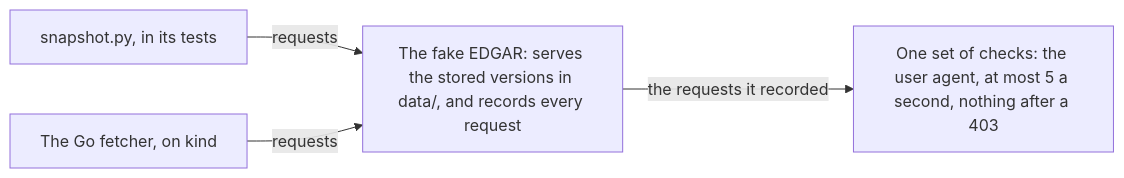
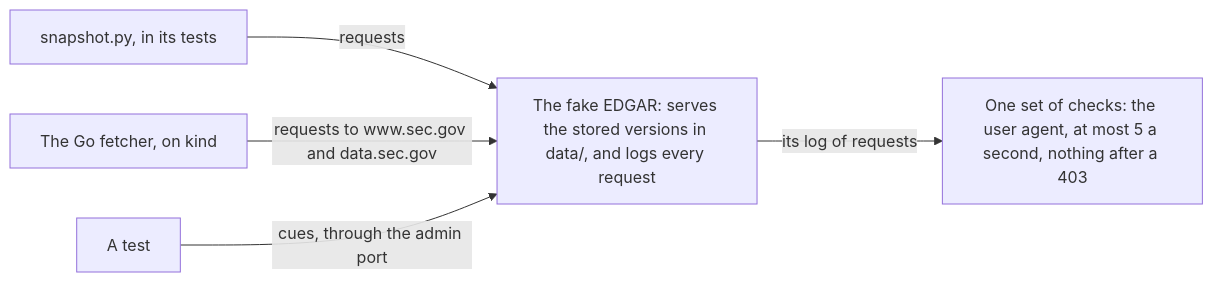
The diagram in docs/explanation/testing-and-verification.md (nslaughter/edgar-data-pipeline), drawn with Mermaid before and after one commit. The commit also changed other lines of this file and 12 other files, not shown here.

First line of the commit message:
Add T47 to the plan, and have the pages follow the fake EDGAR's specification

````diff
--- a/docs/explanation/testing-and-verification.md
+++ b/docs/explanation/testing-and-verification.md
@@ -199,6 +233,7 @@
 ```mermaid
 flowchart LR
     S["snapshot.py, in its tests"] -->|requests| FE
-    F["The Go fetcher, on kind"] -->|requests| FE
-    FE["The fake EDGAR: serves the stored versions in data/, and records every request"] -->|the requests it recorded| C["One set of checks: the user agent, at most 5 a second, nothing after a 403"]
+    F["The Go fetcher, on kind"] -->|requests to www.sec.gov and data.sec.gov| FE
+    T["A test"] -->|cues, through the admin port| FE
+    FE["The fake EDGAR: serves the stored versions in data/, and logs every request"] -->|its log of requests| C["One set of checks: the user agent, at most 5 a second, nothing after a 403"]
 ```
````
